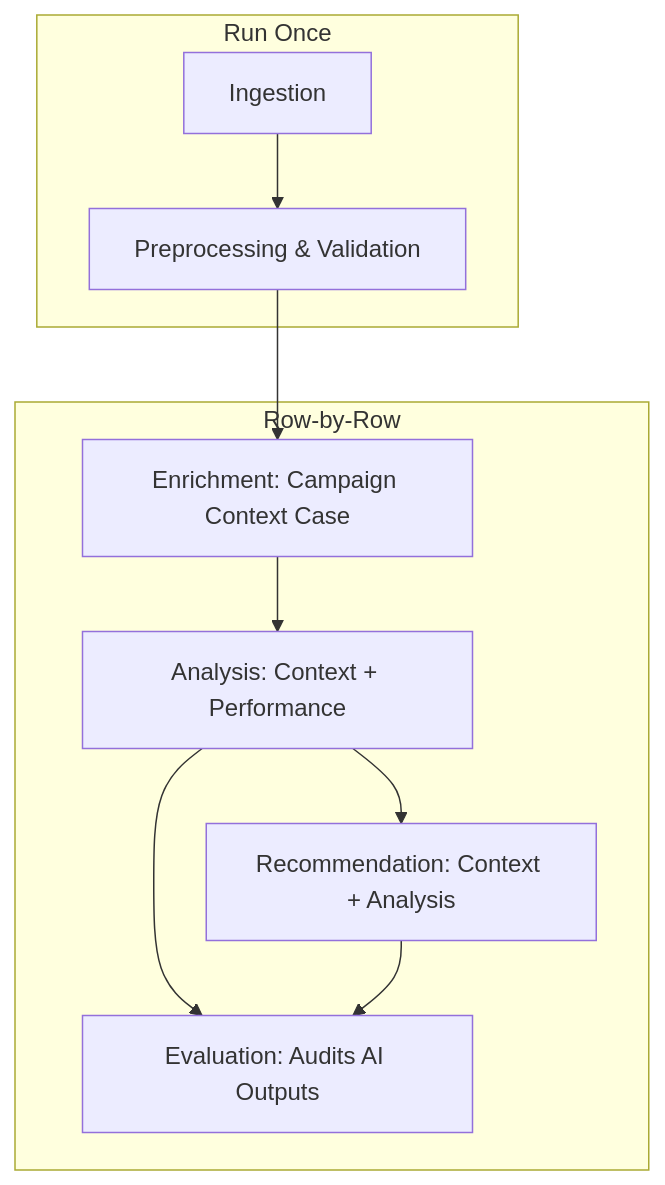
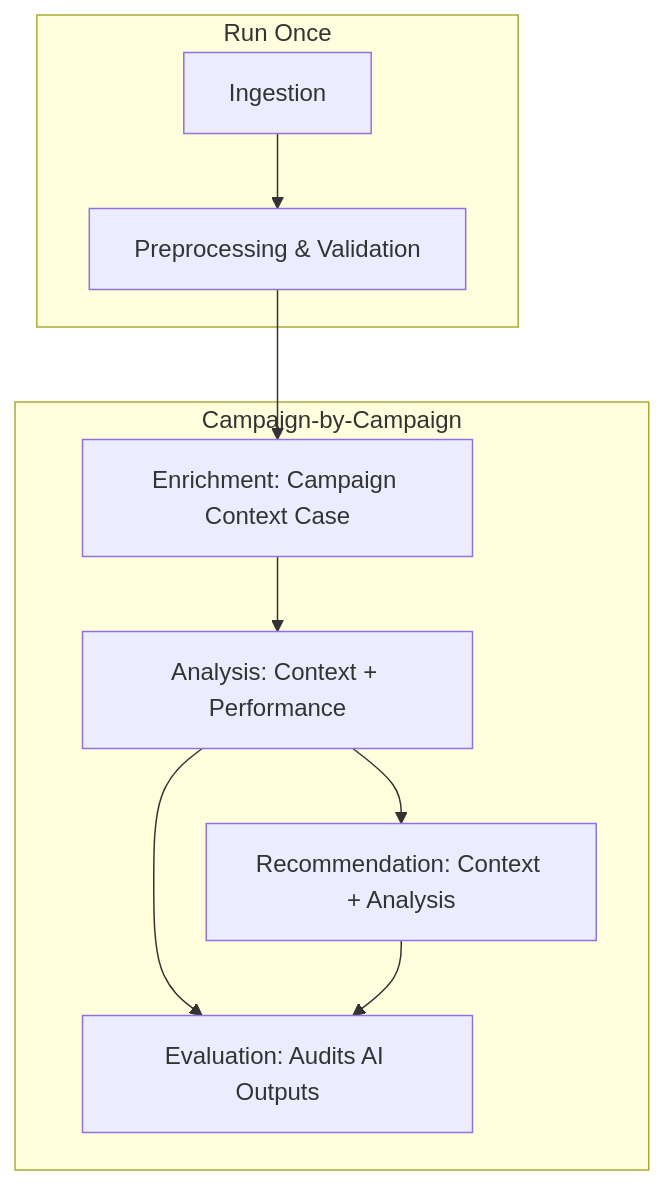
The second of 4 diagrams in README.md (WaelMohsen/Team4-MarketingExpert), drawn with Mermaid before and after one commit. The commit also changed other lines of this file and 10 other files, not shown here.

````diff
--- a/README.md
+++ b/README.md
@@ -33,14 +36,14 @@
 ```mermaid
 flowchart TD
     subgraph Phase A: Preparation [Run Once]
         IN[Ingestion] --> PRE[Preprocessing & Validation]
     end
 
-    subgraph Phase B: Iterative Analysis [Row-by-Row]
+    subgraph Phase B: Iterative Analysis [Campaign-by-Campaign]
         PRE --> EN[Enrichment: Campaign Context Case]
         EN --> AN[Analysis: Context + Performance]
         AN --> RE[Recommendation: Context + Analysis]
         AN --> EV[Evaluation: Audits AI Outputs]
         RE --> EV
     end
 ```
````
